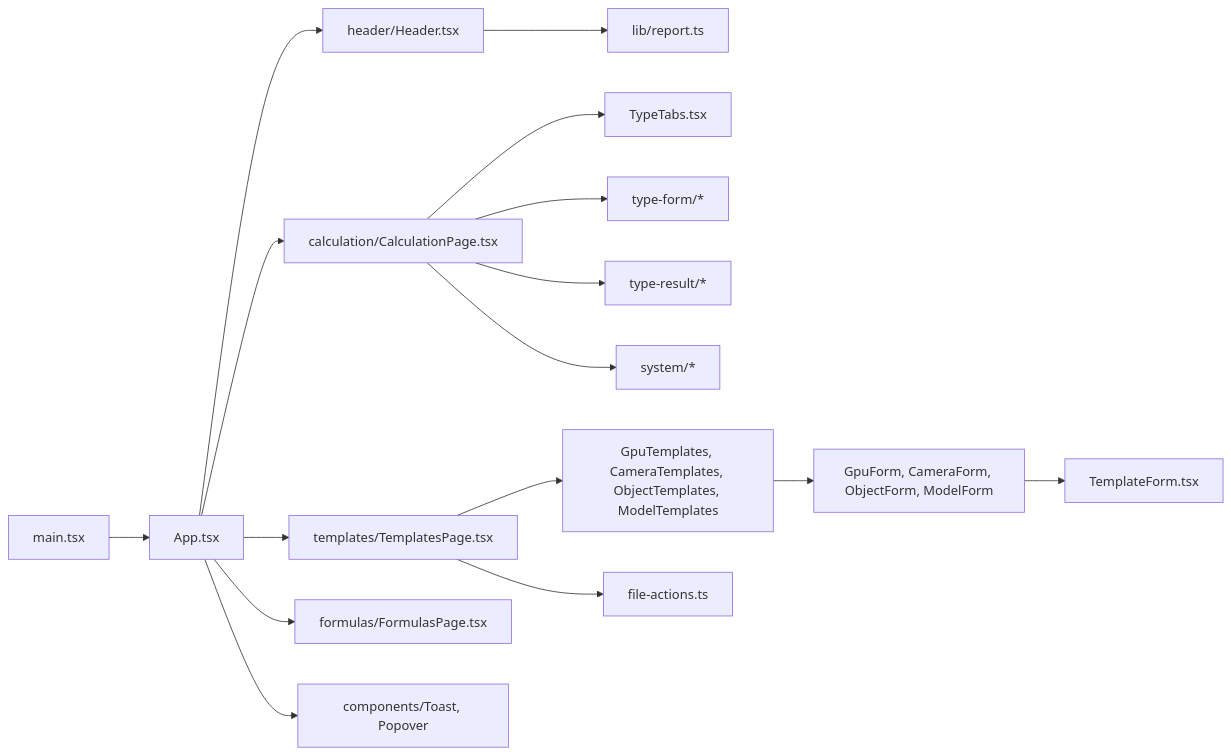
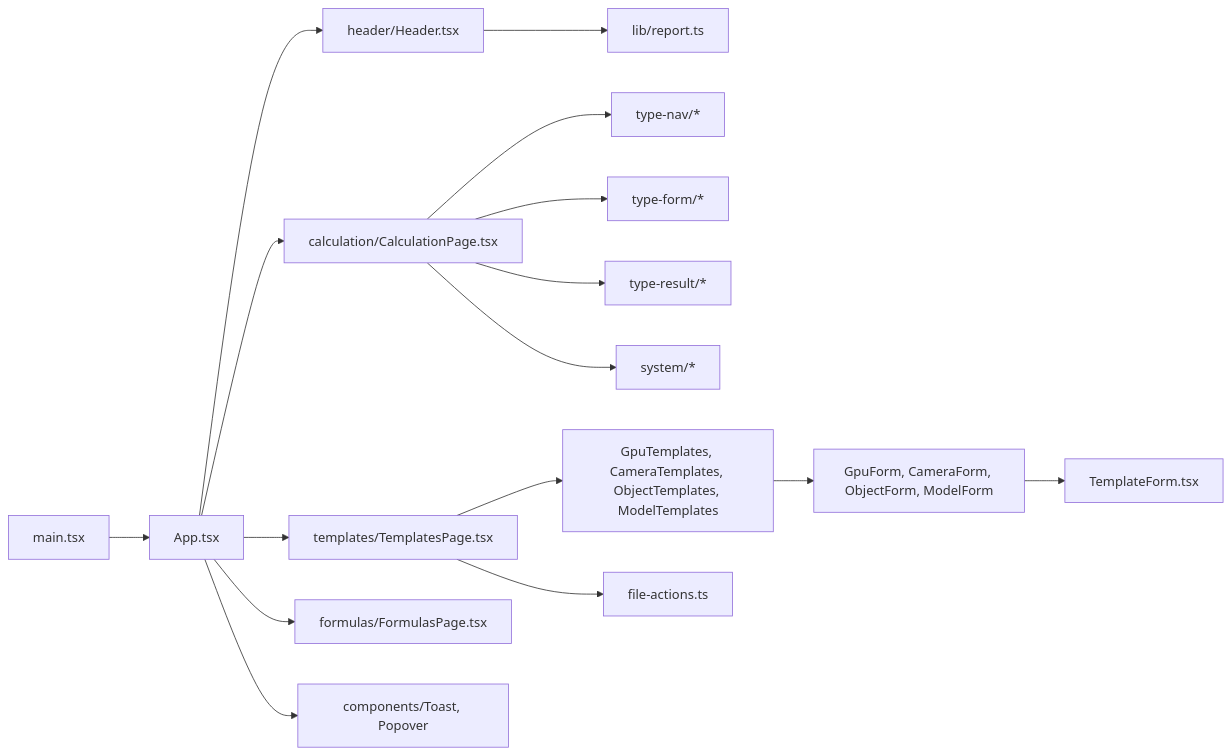
Before and after one commit to SergeyKrasnoslobodtsev/camera-calc: the first of 3 diagrams in docs/architecture/modules/ui.md, drawn with Mermaid. The commit also changed other lines of this file and 3 other files, not shown here.

````diff
--- a/docs/architecture/modules/ui.md
+++ b/docs/architecture/modules/ui.md
@@ -70,18 +75,18 @@
 ```mermaid
 flowchart LR
     main[main.tsx] --> app[App.tsx]
     app --> header[header/Header.tsx]
     app --> calc[calculation/CalculationPage.tsx]
     app --> tpl[templates/TemplatesPage.tsx]
     app --> formulas[formulas/FormulasPage.tsx]
     app --> overlays[components/Toast, Popover]
     header --> report[lib/report.ts]
-    calc --> tabs[TypeTabs.tsx]
+    calc --> nav[type-nav/*]
     calc --> form[type-form/*]
     calc --> result[type-result/*]
     calc --> system[system/*]
     tpl --> screens[GpuTemplates, CameraTemplates, ObjectTemplates, ModelTemplates]
     screens --> forms[GpuForm, CameraForm, ObjectForm, ModelForm]
     forms --> templateForm[TemplateForm.tsx]
     tpl --> files[file-actions.ts]
 ```
````
